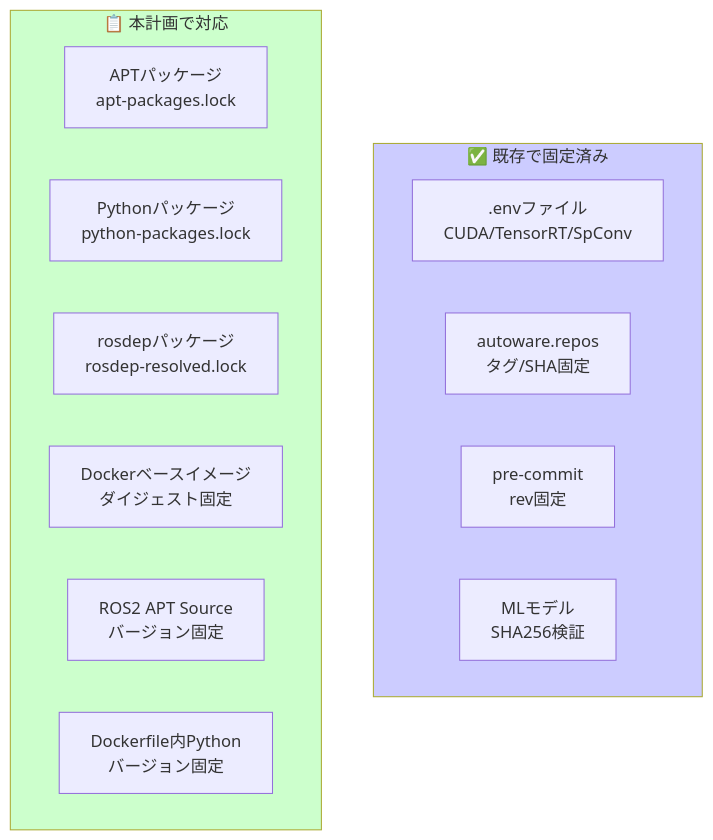
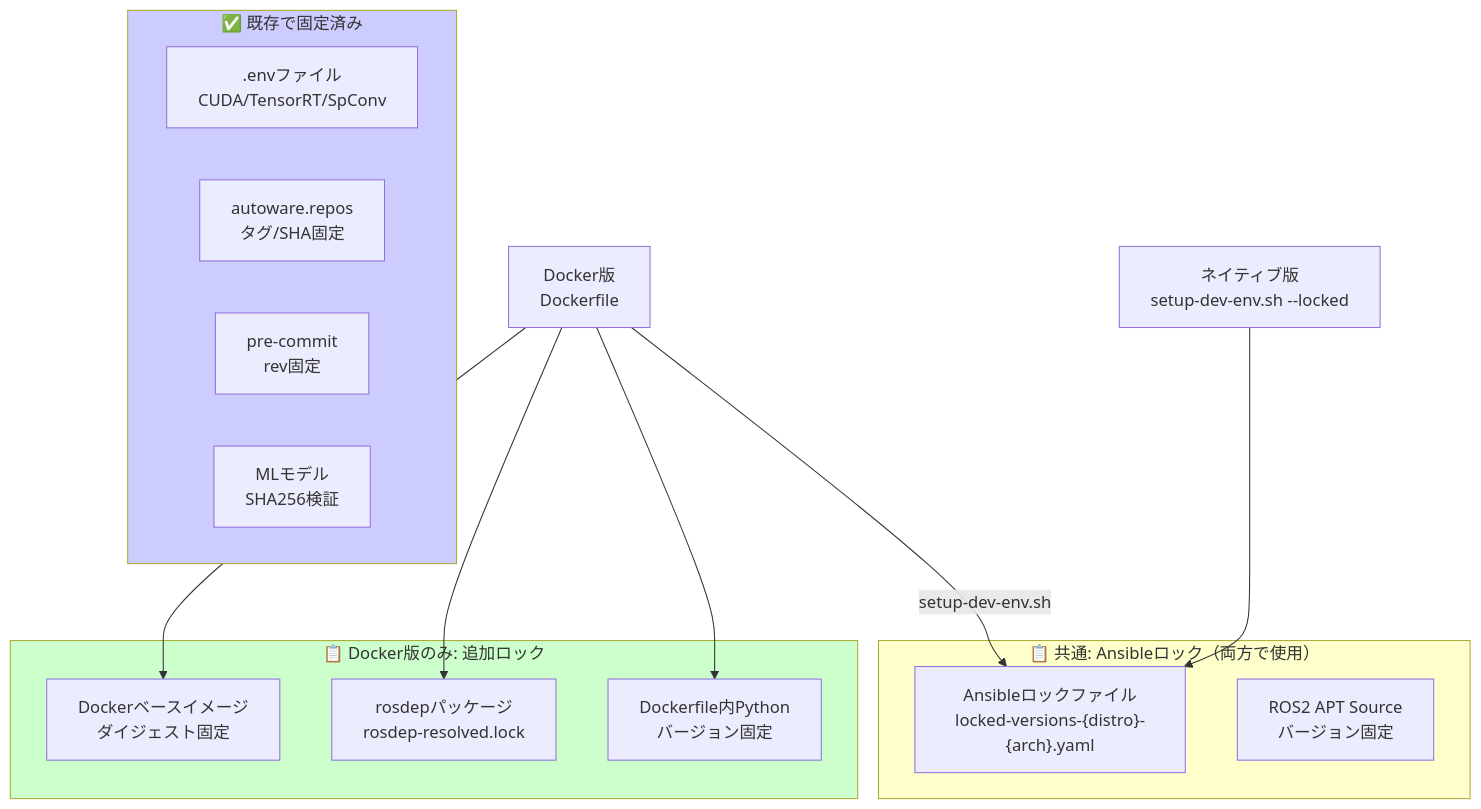
One commit to youtalk/autoware changed the diagram in docs/design/dependency-pinning-plan.md. Above: the diagram before and after it, drawn with Mermaid. The commit also changed other lines of this file and 1 other file, not shown here.

Commit message:
docs(design): clarify shared Ansible lock between Docker and native
- Docker builds also execute setup-dev-env.sh which runs Ansible
- Ansible lockfiles are shared between Docker and native setups
- Update architecture diagrams to show the relationship
- Docker-specific locks (rosdep, base image digest) are additional
- Update Dockerfile changes to include --locked flag for setup-dev-env.sh

https://claude.ai/code/session_01UU5wZ4o4Md3LhKkHui2tsN

````diff
--- a/docs/design/dependency-pinning-plan.md
+++ b/docs/design/dependency-pinning-plan.md
@@ -25,21 +25,30 @@
 ```mermaid
 flowchart TB
     subgraph existing["✅ 既存で固定済み"]
         ENV[".envファイル<br/>CUDA/TensorRT/SpConv"]
         REPOS["autoware.repos<br/>タグ/SHA固定"]
         PRECOMMIT["pre-commit<br/>rev固定"]
         ARTIFACTS["MLモデル<br/>SHA256検証"]
     end
 
-    subgraph plan["📋 本計画で対応"]
-        APT["APTパッケージ<br/>apt-packages.lock"]
-        PIP["Pythonパッケージ<br/>python-packages.lock"]
+    subgraph common["📋 共通: Ansibleロック（両方で使用）"]
+        ANSIBLE["Ansibleロックファイル<br/>locked-versions-{distro}-{arch}.yaml"]
+        ROS_APT["ROS2 APT Source<br/>バージョン固定"]
+    end
+
+    subgraph docker_only["📋 Docker版のみ: 追加ロック"]
+        BASE["Dockerベースイメージ<br/>ダイジェスト固定"]
         ROSDEP["rosdepパッケージ<br/>rosdep-resolved.lock"]
-        BASE["Dockerベースイメージ<br/>ダイジェスト固定"]
-        ROS_APT["ROS2 APT Source<br/>バージョン固定"]
         DOCKER_PIP["Dockerfile内Python<br/>バージョン固定"]
     end
 
+    NATIVE["ネイティブ版<br/>setup-dev-env.sh --locked"] --> ANSIBLE
+    DOCKER["Docker版<br/>Dockerfile"] --> |setup-dev-env.sh| ANSIBLE
+    DOCKER --> ROSDEP
+    DOCKER --> BASE
+    DOCKER --> DOCKER_PIP
+
     style existing fill:#ccccff
-    style plan fill:#ccffcc
+    style common fill:#ffffcc
+    style docker_only fill:#ccffcc
 ```
````
